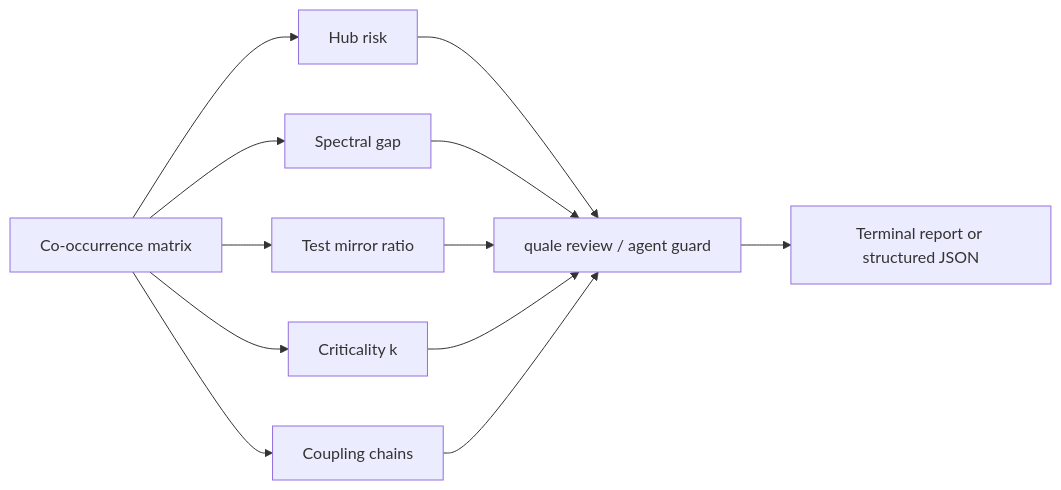
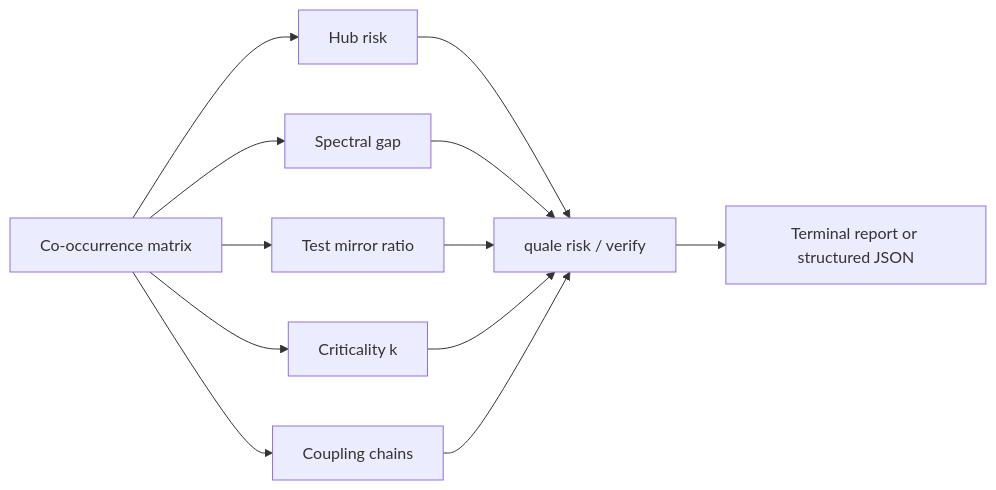
Before and after one commit to Reliary/quale: the second of 2 diagrams in README.md, drawn with Mermaid. The commit also changed other lines of this file and 8 other files, not shown here.

````diff
--- a/README.md
+++ b/README.md
@@ -267,14 +266,14 @@
 ```mermaid
 flowchart LR
     A[Co-occurrence matrix] --> B[Hub risk]
     A --> C[Spectral gap]
     A --> D[Test mirror ratio]
     A --> E[Criticality k]
     A --> F[Coupling chains]
-    B --> G["quale review / agent guard"]
+    B --> G[quale risk / verify]
     C --> G
     D --> G
     E --> G
     F --> G
     G --> H[Terminal report or structured JSON]
 ```
````
